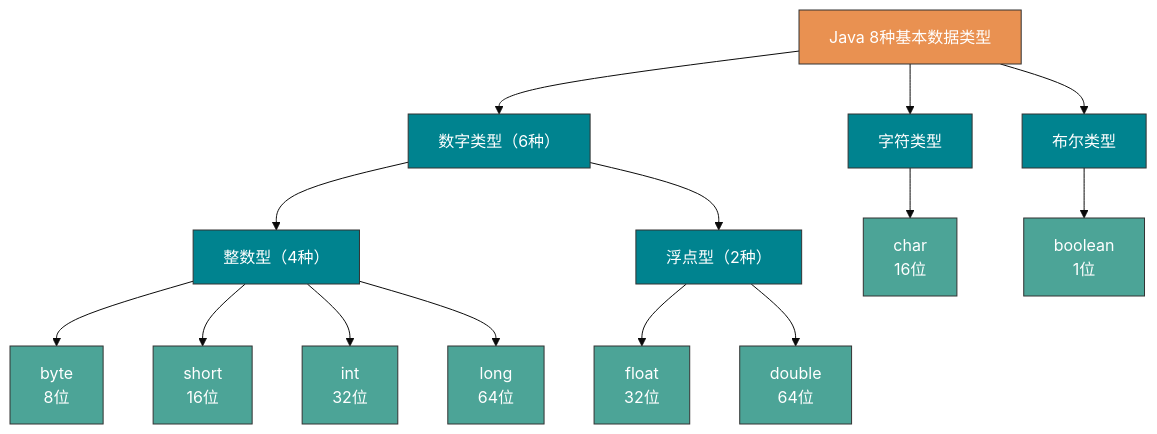
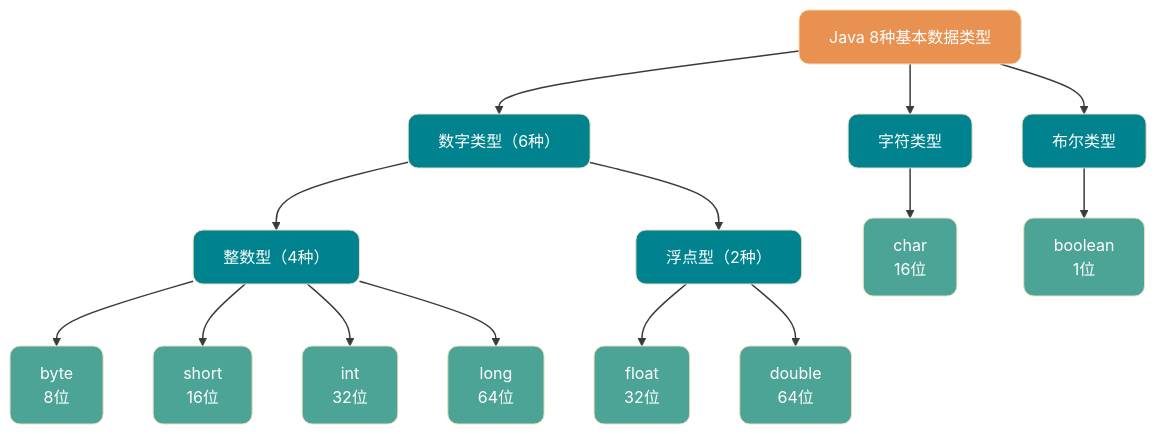
One commit to Snailclimb/JavaGuide changed the fourth of 5 diagrams in docs/java/basis/java-basic-questions-01.md. Above: the diagram before and after it, drawn with Mermaid (base theme). The commit also changed other lines of this file and 7 other files, not shown here.

Commit message:
docs：mermaid 配图样式优化

````diff
--- a/docs/java/basis/java-basic-questions-01.md
+++ b/docs/java/basis/java-basic-questions-01.md
@@ -558,28 +565,30 @@
 ```mermaid
 flowchart TB
     Root["Java 8种基本数据类型"] --> Numeric["数字类型（6种）"]
     Root --> Char["字符类型"]
     Root --> Bool["布尔类型"]
 
     Numeric --> IntType["整数型（4种）"]
     Numeric --> FloatType["浮点型（2种）"]
 
     IntType --> byte["byte<br/>8位"]
     IntType --> short["short<br/>16位"]
     IntType --> int["int<br/>32位"]
     IntType --> long["long<br/>64位"]
 
     FloatType --> float["float<br/>32位"]
     FloatType --> double["double<br/>64位"]
 
     Char --> char["char<br/>16位"]
     Bool --> boolean["boolean<br/>1位"]
 
-    classDef root fill:#E99151,stroke:#333,color:#fff
-    classDef category fill:#00838F,stroke:#333,color:#fff
-    classDef type fill:#4CA497,stroke:#333,color:#fff
+    classDef root fill:#E99151,color:#fff,rx:10,ry:10
+    classDef category fill:#00838F,color:#fff,rx:10,ry:10
+    classDef type fill:#4CA497,color:#fff,rx:10,ry:10
 
     class Root root
     class Numeric,Char,Bool,IntType,FloatType category
     class byte,short,int,long,float,double,char,boolean type
+
+    linkStyle default stroke-width:1.5px,opacity:0.8
 ```
````
